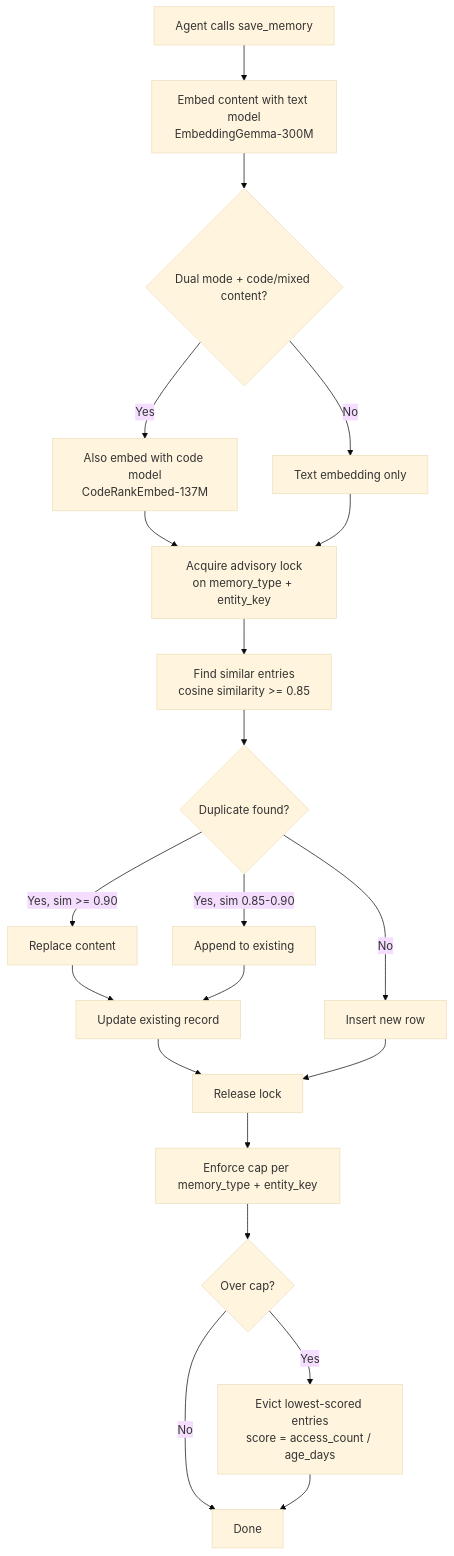
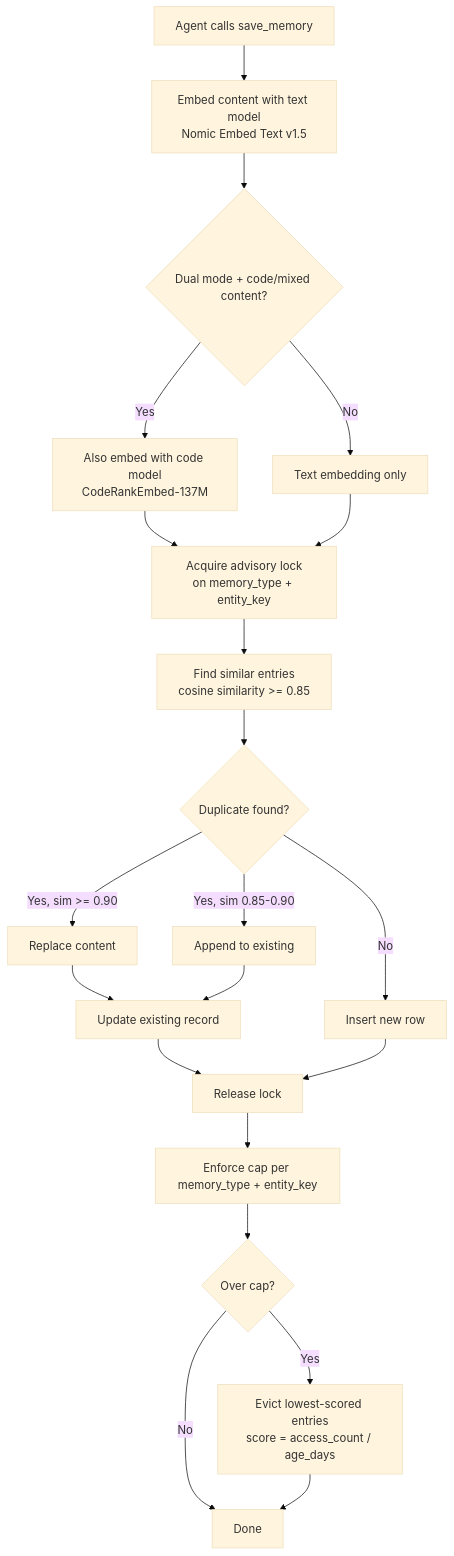
Before and after one commit to openagent-coding/open-memory: the third of 8 diagrams in ARCHITECTURE.md, drawn with Mermaid (base theme). The commit also changed other lines of this file and 8 other files, not shown here.

````diff
--- a/ARCHITECTURE.md
+++ b/ARCHITECTURE.md
@@ -66,28 +66,28 @@
 ```mermaid
 flowchart TD
-    A[Agent calls save_memory] --> B[Embed content with text model<br/>EmbeddingGemma-300M]
+    A[Agent calls save_memory] --> B[Embed content with text model<br/>Nomic Embed Text v1.5]
     B --> C{Dual mode + code/mixed content?}
     C -->|Yes| D[Also embed with code model<br/>CodeRankEmbed-137M]
     C -->|No| E[Text embedding only]
 
     D --> F[Acquire advisory lock<br/>on memory_type + entity_key]
     E --> F
 
     F --> G[Find similar entries<br/>cosine similarity >= 0.85]
     G --> H{Duplicate found?}
 
     H -->|Yes, sim >= 0.90| I[Replace content]
     H -->|Yes, sim 0.85-0.90| J[Append to existing]
     H -->|No| K[Insert new row]
 
     I --> L[Update existing record]
     J --> L
     L --> M[Release lock]
     K --> M
 
     M --> N[Enforce cap per memory_type + entity_key]
     N --> O{Over cap?}
     O -->|Yes| P[Evict lowest-scored entries<br/>score = access_count / age_days]
     O -->|No| Q[Done]
     P --> Q
 ```
````
